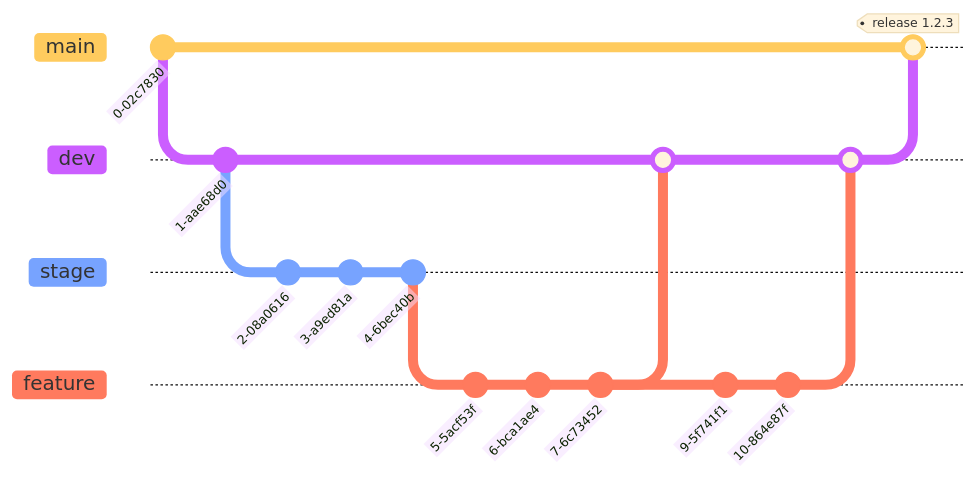
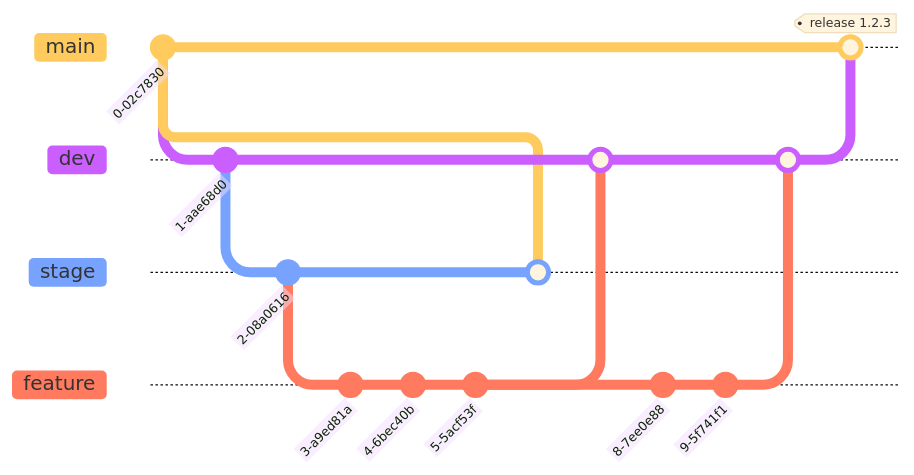
One commit to V-Gillet/Apollo-Kotlin-QraphQL-Jetpack changed the diagram in README.md. Above: the diagram before and after it, drawn with Mermaid. Commit ids are hidden.

Commit message:
mermaid v1

````diff
--- a/README.md
+++ b/README.md
@@ -5,25 +5,25 @@
 ```mermaid
 %%{init: { 'logLevel': 'debug', 'theme': 'base', 'gitGraph': {'showBranches': true, 'showCommitLabel':true}} }%%
       gitGraph
       commit
       branch dev order: 1
       commit
       branch stage order: 2
       commit
-      commit
-      commit
       branch feature order: 3
       commit
       commit
       commit
+      checkout stage
+      merge main
       checkout dev
       merge feature
       checkout feature
       commit
       commit
       checkout dev
       merge feature
       checkout main
       merge dev tag:"release 1.2.3"
 
 ```
````
